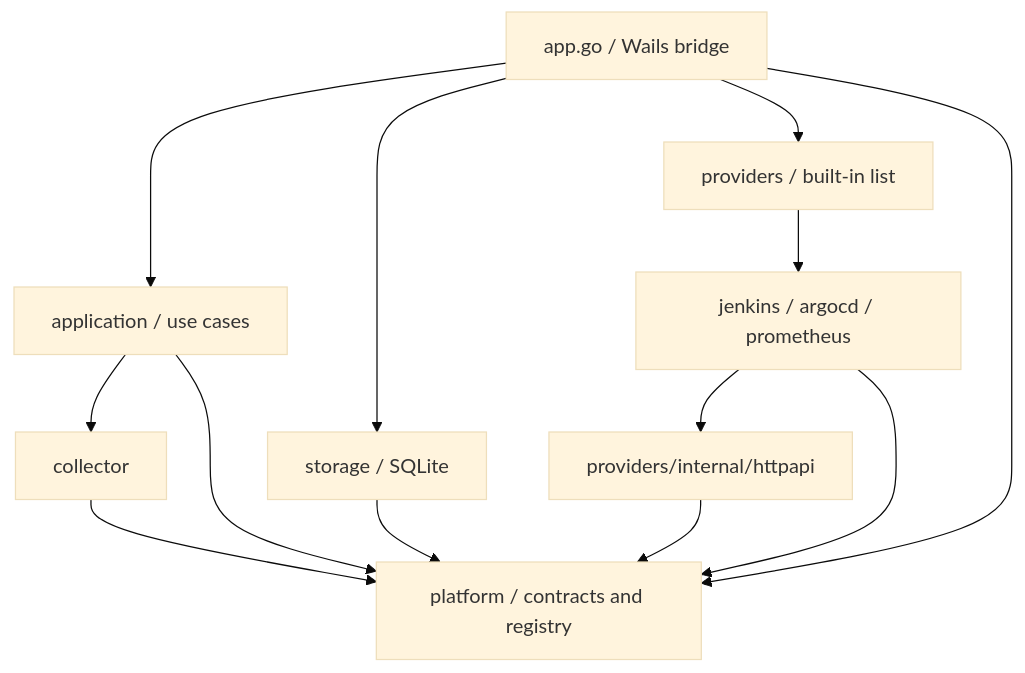
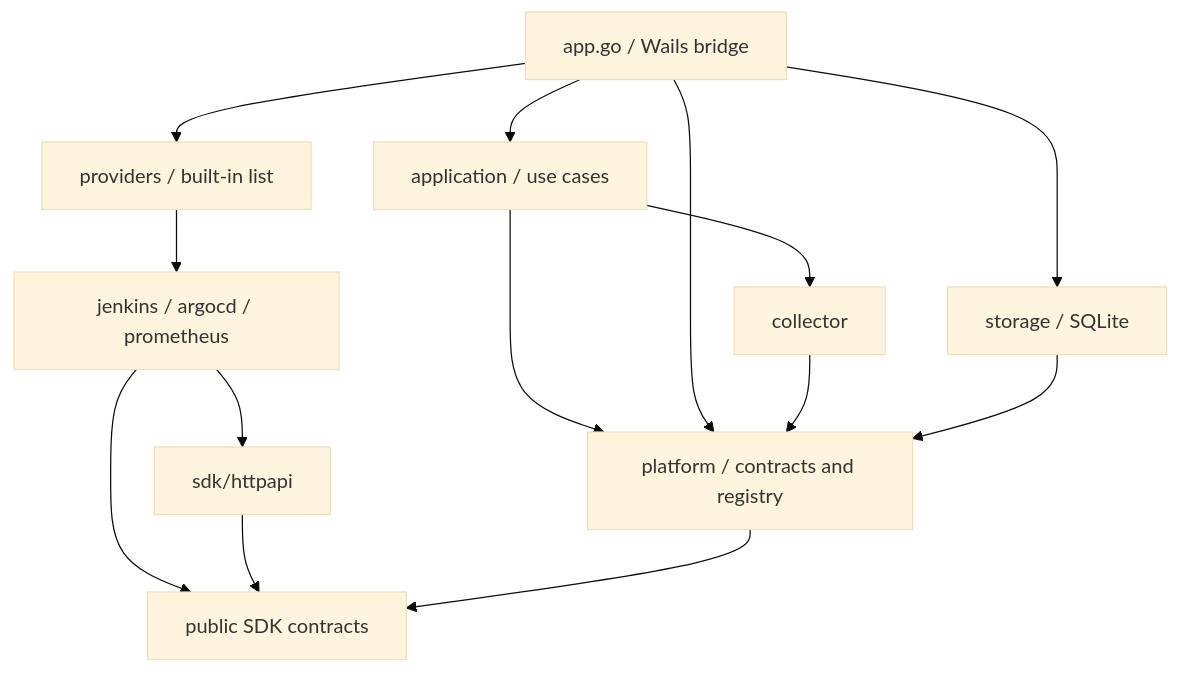
One commit to GGingGGang/dashboard changed the diagram in ARCHITECTURE.md. Above: the diagram before and after it, drawn with Mermaid (base theme). The commit also changed other lines of this file and 30 other files, not shown here.

Commit message:
refactor: extract independent provider SDK contracts

````diff
--- a/ARCHITECTURE.md
+++ b/ARCHITECTURE.md
@@ -44,15 +45,16 @@
 ```mermaid
 flowchart TD
     App["app.go / Wails bridge"] --> Application["application / use cases"]
     Application --> Collector["collector"]
     Application --> Platform["platform / contracts and registry"]
     App --> Storage["storage / SQLite"]
     App --> Providers["providers / built-in list"]
     App --> Platform["platform / contracts and registry"]
     Providers --> Adapters["jenkins / argocd / prometheus"]
-    Adapters --> HTTP["providers/internal/httpapi"]
-    Adapters --> Platform
-    HTTP --> Platform
+    Adapters --> HTTP["sdk/httpapi"]
+    Adapters --> SDK["public SDK contracts"]
+    HTTP --> SDK
+    Platform --> SDK
     Collector --> Platform
     Storage --> Platform
 ```
````
